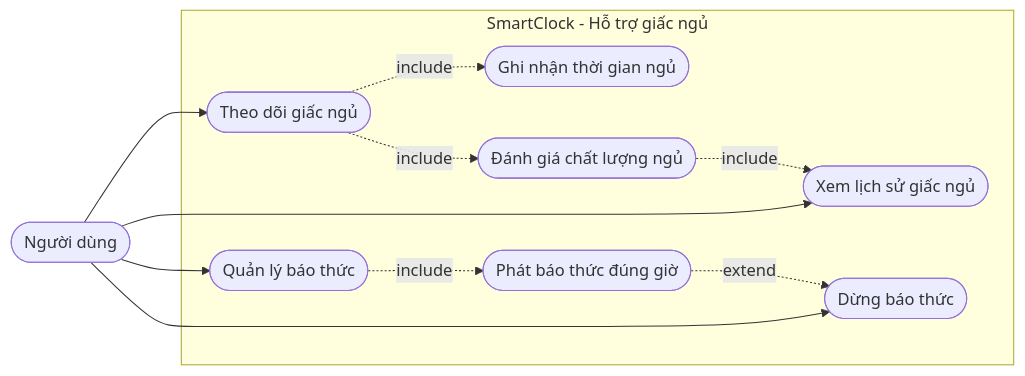
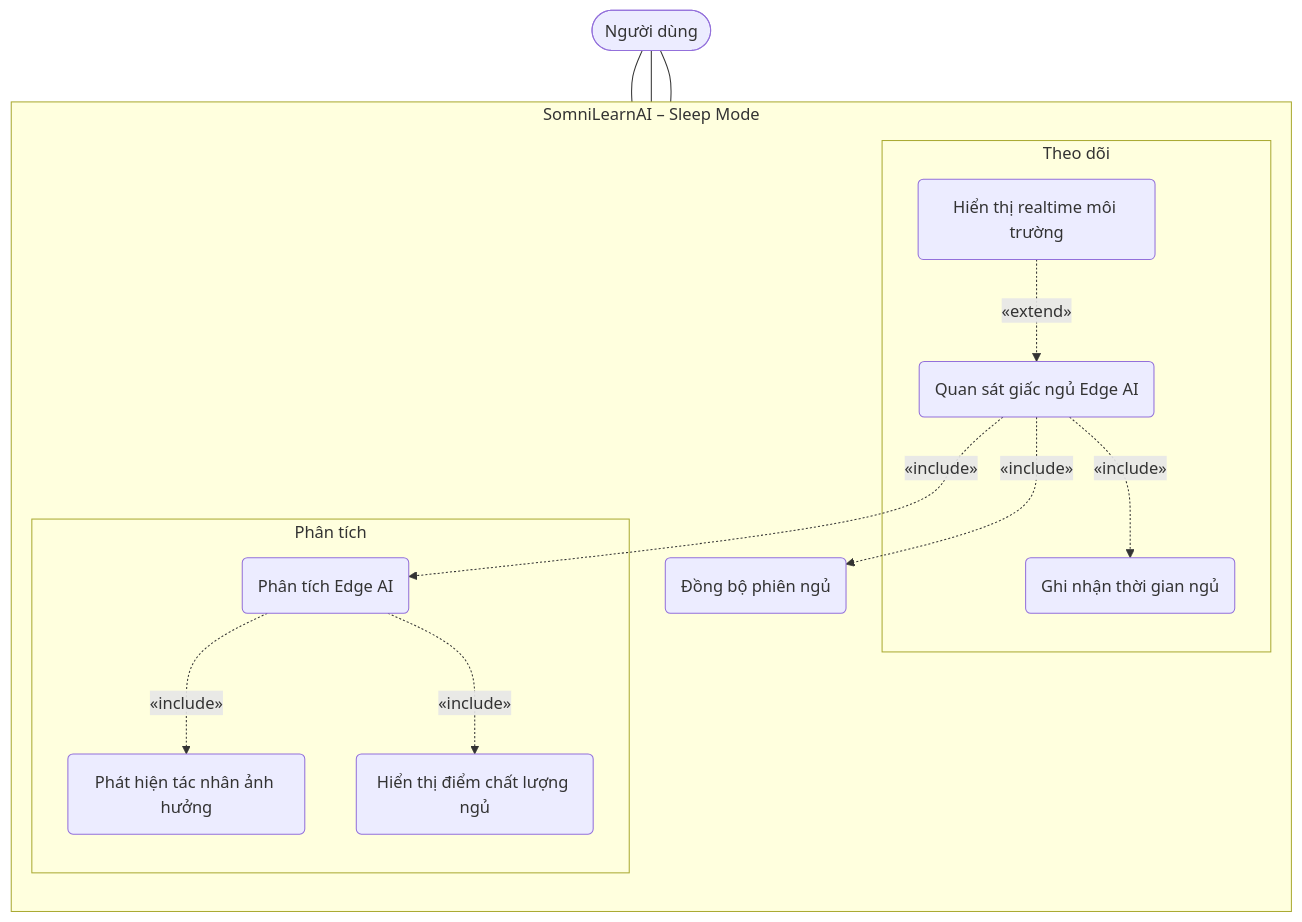
One commit to Computer-Vision-HCMUS/AIoT-Server changed the fifth of 10 diagrams in docs/Spectification/SmartClock/03_Objectives.md. Above: the diagram before and after it, drawn with Mermaid. The commit also changed other lines of this file and 60 other files, not shown here.

Commit message:
Add new images for SmartClock presentation, remove outdated images, and introduce initial documentation for SomniLearnAI specifications, including objectives, architecture, and Edge AI functionalities.

````diff
--- a/docs/Spectification/SmartClock/03_Objectives.md
+++ b/docs/Spectification/SmartClock/03_Objectives.md
@@ -180,24 +224,30 @@
 ```mermaid
-flowchart LR
-    User([Người dùng])
+flowchart TD
+    User(["Người dùng"])
 
-    subgraph SmartClock["SmartClock - Hỗ trợ giấc ngủ"]
-        UC1([Theo dõi giấc ngủ])
-        UC2([Ghi nhận thời gian ngủ])
-        UC3([Đánh giá chất lượng ngủ])
-        UC4([Xem lịch sử giấc ngủ])
-        UC5([Quản lý báo thức])
-        UC6([Phát báo thức đúng giờ])
-        UC7([Dừng báo thức])
+    subgraph Sleep["SomniLearnAI – Sleep Mode"]
+        direction TB
+        subgraph GRP_MONITOR["Theo dõi"]
+            UC1("Quan sát giấc ngủ Edge AI")
+            UC2("Ghi nhận thời gian ngủ")
+            UC3("Hiển thị realtime môi trường")
+        end
+        subgraph GRP_ANALYZE["Phân tích"]
+            UC4("Phân tích Edge AI")
+            UC5("Phát hiện tác nhân ảnh hưởng")
+            UC6("Hiển thị điểm chất lượng ngủ")
+        end
+        UC7("Đồng bộ phiên ngủ")
     end
 
-    User --> UC1
-    User --> UC4
-    User --> UC5
-    User --> UC7
-    UC1 -. include .-> UC2
-    UC1 -. include .-> UC3
-    UC3 -. include .-> UC4
-    UC5 -. include .-> UC6
-    UC6 -. extend .-> UC7
+    User --- UC1
+    User --- UC3
+    User --- UC6
+
+    UC1 -. "«include»" .-> UC2
+    UC1 -. "«include»" .-> UC4
+    UC1 -. "«include»" .-> UC7
+    UC3 -. "«extend»" .-> UC1
+    UC4 -. "«include»" .-> UC5
+    UC4 -. "«include»" .-> UC6
 ```
````
